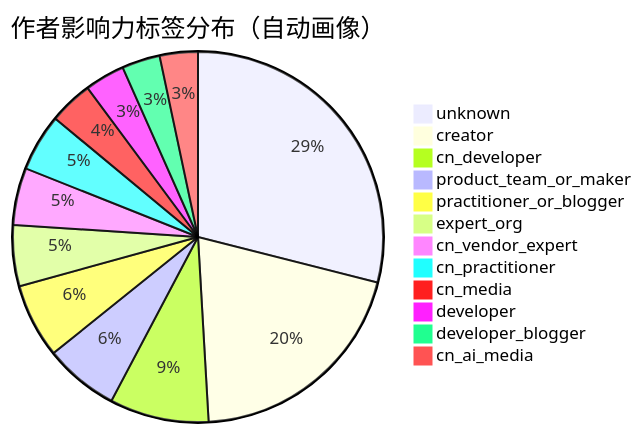
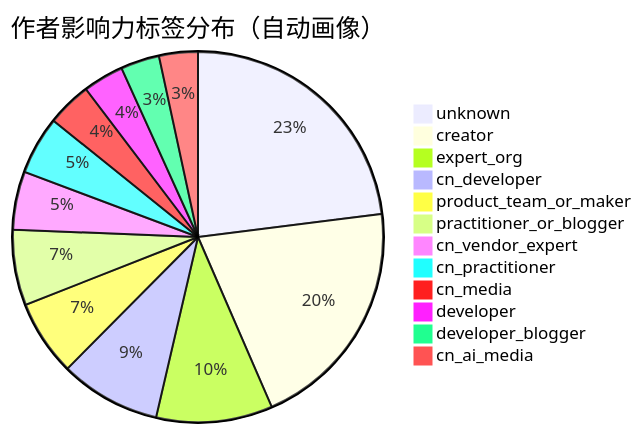
One commit to Shiyao-Huang/awesome-agent-evolution changed the first of 2 diagrams in survey/figures/blog-author-impact-figures.md. Above: the diagram before and after it, drawn with Mermaid. The commit also changed other lines of this file and 112 other files, not shown here.

````diff
--- a/survey/figures/blog-author-impact-figures.md
+++ b/survey/figures/blog-author-impact-figures.md
@@ -9,15 +9,15 @@
 ```mermaid
 pie title 作者影响力标签分布（自动画像）
-    "unknown" : 174
+    "unknown" : 136
     "creator" : 121
+    "expert_org" : 60
     "cn_developer" : 52
     "product_team_or_maker" : 39
     "practitioner_or_blogger" : 39
-    "expert_org" : 32
     "cn_vendor_expert" : 30
     "cn_practitioner" : 30
     "cn_media" : 23
     "developer" : 21
     "developer_blogger" : 20
     "cn_ai_media" : 20
 ```
````
